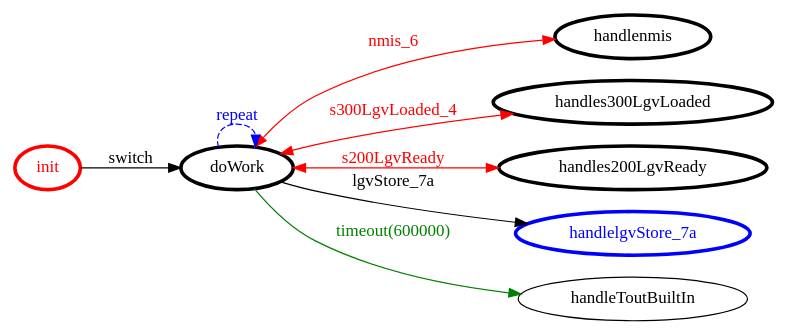
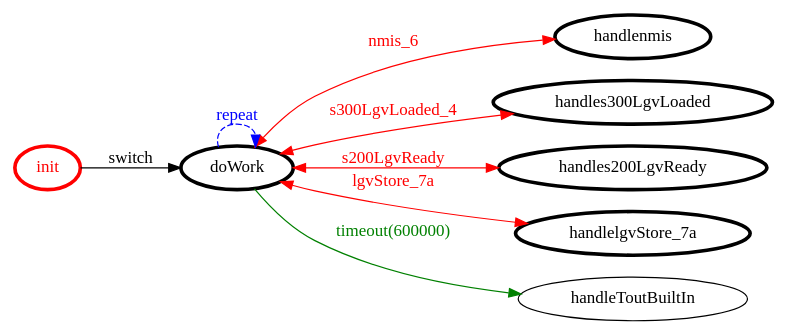
Before and after one commit to anatali/lss0: the diagram in it.unibo.e80/srcMore/it/unibo/lgvman/lgvman.gv, drawn with Graphviz. The commit also changed 377 other files, not shown here.

```diff
--- a/it.unibo.e80/srcMore/it/unibo/lgvman/lgvman.gv
+++ b/it.unibo.e80/srcMore/it/unibo/lgvman/lgvman.gv
@@ -1,26 +1,26 @@
 /*
 *
 * A GraphViz DOT FSM description 
 * Please use a GraphViz visualizer (like http://www.webgraphviz.com)
 *  
 */
 
 digraph finite_state_machine {
 	rankdir=LR
 	size="8,5"
 	
 	init [ color = red ][ fontcolor = red ][ penwidth = 3 ]
 	handlenmis [ color = black ][ fontcolor = black ][ penwidth = 3 ]
 	doWork [ color = black ][ fontcolor = black ][ penwidth = 3 ]
 	handles300LgvLoaded [ color = black ][ fontcolor = black ][ penwidth = 3 ]
 	handles200LgvReady [ color = black ][ fontcolor = black ][ penwidth = 3 ]
-	handlelgvStore_7a [ color = blue ][ fontcolor = blue ][ penwidth = 3 ]
+	handlelgvStore_7a [ color = black ][ fontcolor = black ][ penwidth = 3 ]
 	
 	doWork -> handles300LgvLoaded [ label = "s300LgvLoaded_4" ][ color = red ][ fontcolor = red ][ dir = both ]
+	doWork -> handlelgvStore_7a [ label = "lgvStore_7a" ][ color = red ][ fontcolor = red ][ dir = both ]
 	init -> doWork [ label = "switch" ][ color = black ][ fontcolor = black ]
 	doWork -> handlenmis [ label = "nmis_6" ][ color = red ][ fontcolor = red ][ dir = both ]
 	doWork -> handles200LgvReady [ label = "s200LgvReady" ][ color = red ][ fontcolor = red ][ dir = both ]
-	doWork -> handlelgvStore_7a [ label = "lgvStore_7a" ][ color = black ][ fontcolor = black ]
 	doWork -> doWork [ label = "repeat "][ style = dashed ][ color = blue ][ fontcolor = blue ]
 	doWork -> handleToutBuiltIn [ label = "timeout(600000)" ][ color = green ][ fontcolor = green ]
 }
```
